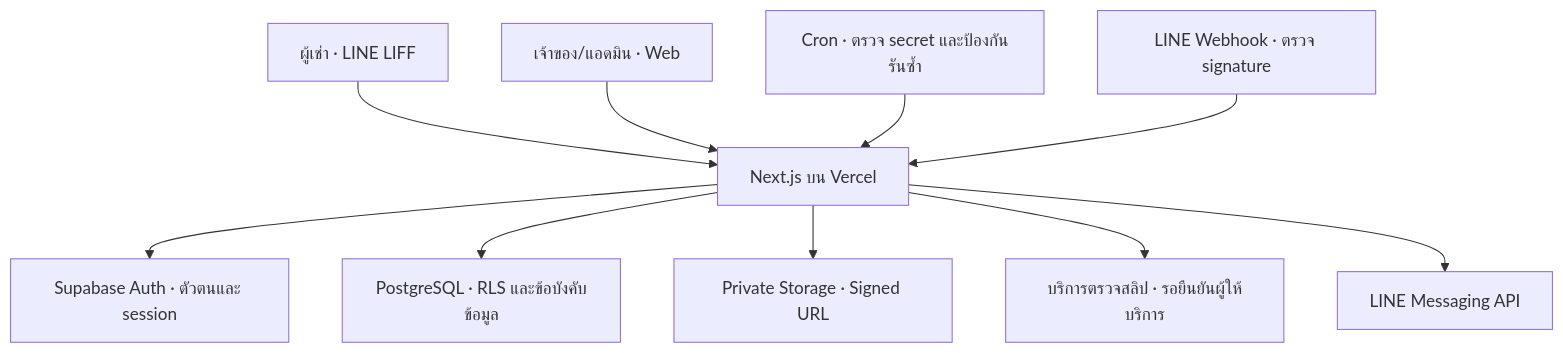
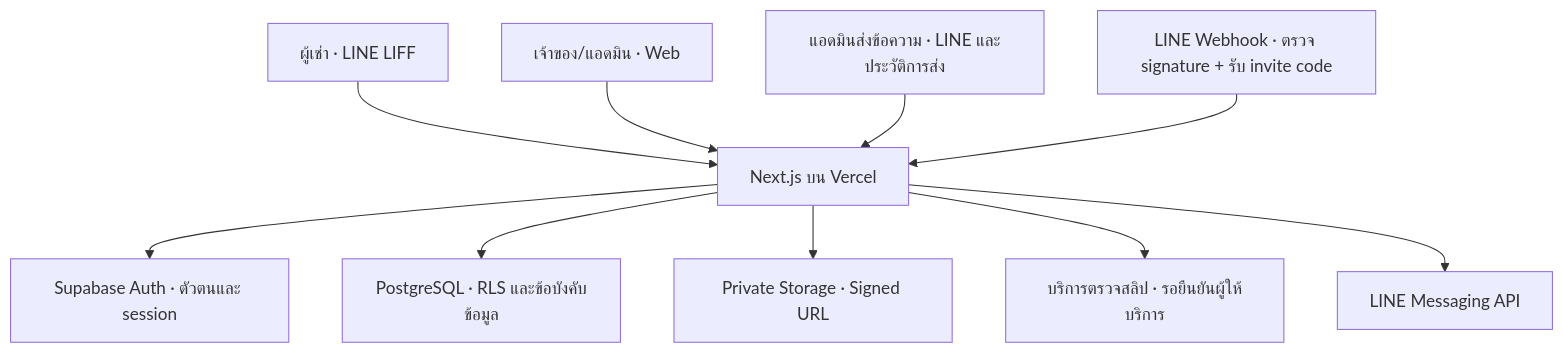
One commit to gamerx-99/pirodom-apt changed the first of 2 diagrams in docs/BLUEPRINT.md. Above: the diagram before and after it, drawn with Mermaid. The commit also changed other lines of this file and 36 other files, not shown here.

Commit message:
feat: complete LINE invite and notification flows

````diff
--- a/docs/BLUEPRINT.md
+++ b/docs/BLUEPRINT.md
@@ -23,12 +23,12 @@
 ```mermaid
 flowchart TB
     T["ผู้เช่า · LINE LIFF"] --> APP["Next.js บน Vercel"]
     A["เจ้าของ/แอดมิน · Web"] --> APP
     APP --> AUTH["Supabase Auth · ตัวตนและ session"]
     APP --> DB["PostgreSQL · RLS และข้อบังคับข้อมูล"]
     APP --> ST["Private Storage · Signed URL"]
     APP --> PAY["บริการตรวจสลิป · รอยืนยันผู้ให้บริการ"]
     APP --> LINE["LINE Messaging API"]
-    CRON["Cron · ตรวจ secret และป้องกันรันซ้ำ"] --> APP
-    WH["LINE Webhook · ตรวจ signature"] --> APP
+    MESSAGES["แอดมินส่งข้อความ · LINE และประวัติการส่ง"] --> APP
+    WH["LINE Webhook · ตรวจ signature + รับ invite code"] --> APP
 ```
````
